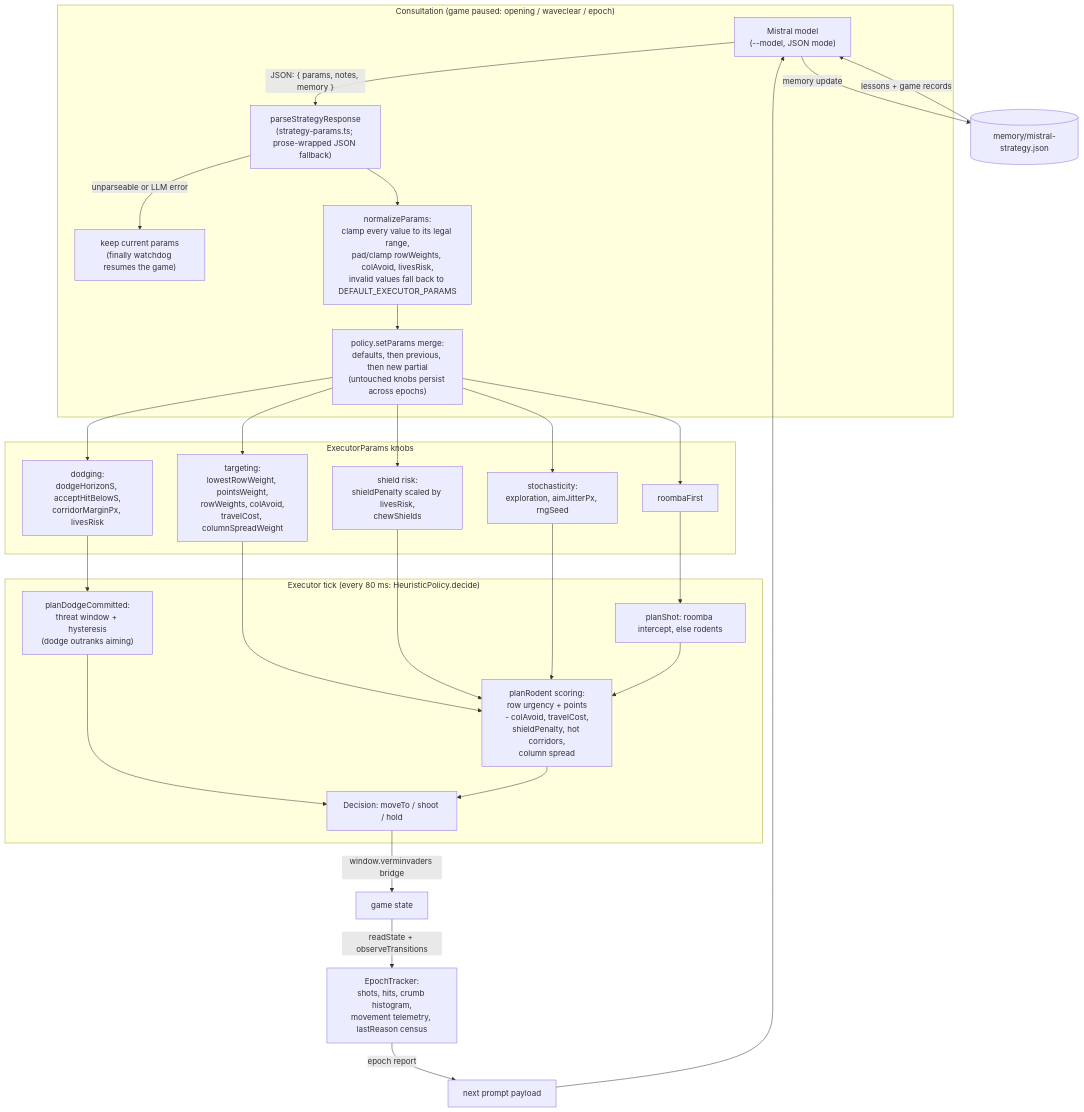
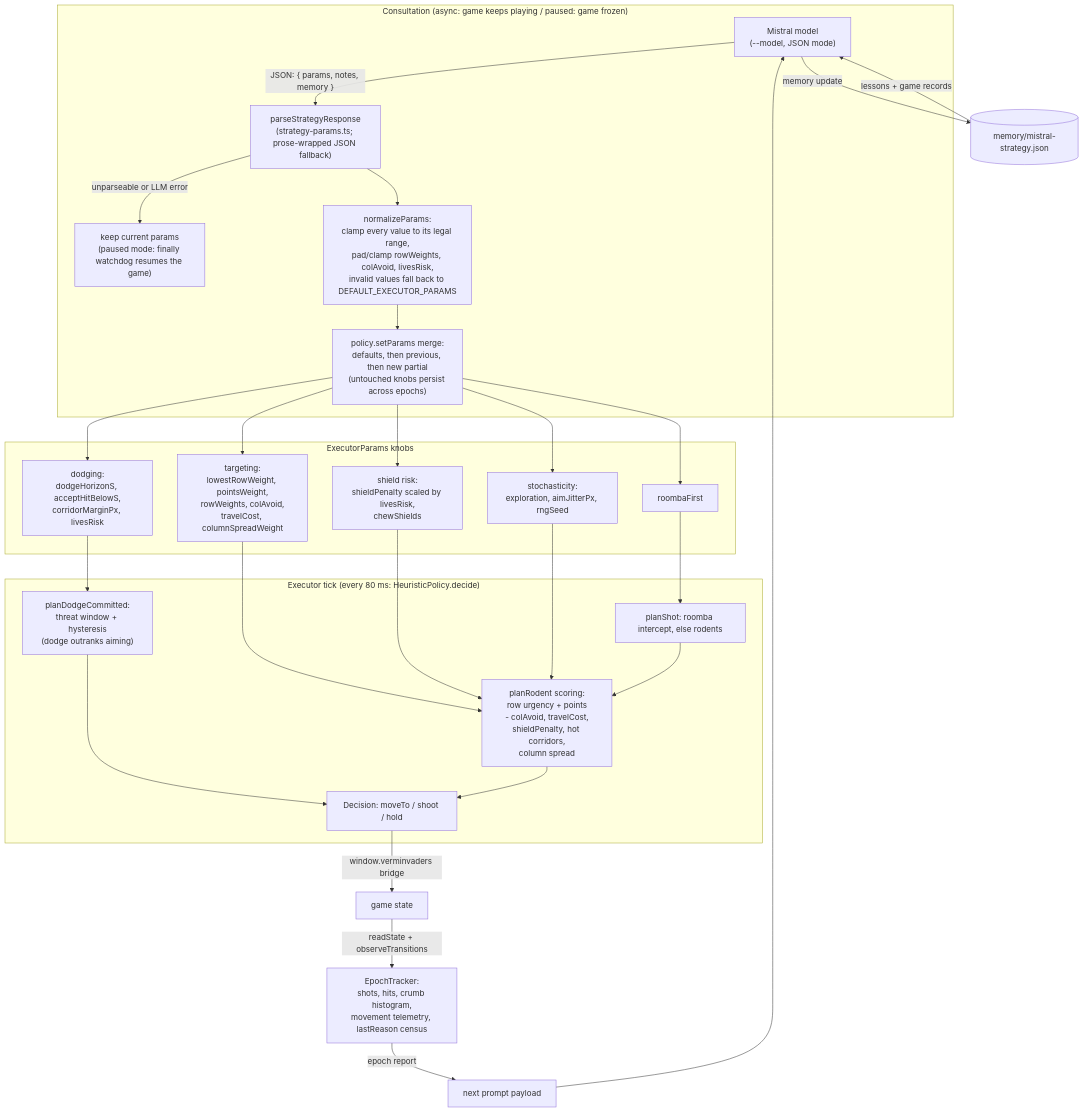
The fifth of 5 diagrams in DEVELOPMENT.md (tq-bit/verminvaders), drawn with Mermaid before and after one commit. The commit also changed other lines of this file and 14 other files, not shown here.

First line of the commit message:
feat: implement async strategy mode for background consultations

````diff
--- a/DEVELOPMENT.md
+++ b/DEVELOPMENT.md
@@ -508,36 +525,36 @@
 ```mermaid
 flowchart TB
-    subgraph consult ["Consultation (game paused: opening / waveclear / epoch)"]
+    subgraph consult ["Consultation (async: game keeps playing / paused: game frozen)"]
         M["Mistral model<br/>(--model, JSON mode)"]
         M -->|"JSON: { params, notes, memory }"| PS["parseStrategyResponse<br/>(strategy-params.ts; prose-wrapped JSON fallback)"]
-        PS -->|"unparseable or LLM error"| KEEP["keep current params<br/>(finally watchdog resumes the game)"]
+        PS -->|"unparseable or LLM error"| KEEP["keep current params<br/>(paused mode: finally watchdog resumes the game)"]
         PS --> NP["normalizeParams:<br/>clamp every value to its legal range,<br/>pad/clamp rowWeights, colAvoid, livesRisk,<br/>invalid values fall back to DEFAULT_EXECUTOR_PARAMS"]
         NP --> SP["policy.setParams merge:<br/>defaults, then previous, then new partial<br/>(untouched knobs persist across epochs)"]
     end
 
     subgraph knobs ["ExecutorParams knobs"]
         SP --> T["targeting:<br/>lowestRowWeight, pointsWeight,<br/>rowWeights, colAvoid,<br/>travelCost, columnSpreadWeight"]
         SP --> DG["dodging:<br/>dodgeHorizonS, acceptHitBelowS,<br/>corridorMarginPx, livesRisk"]
         SP --> SH["shield risk:<br/>shieldPenalty scaled by livesRisk,<br/>chewShields"]
         SP --> RN["stochasticity:<br/>exploration, aimJitterPx, rngSeed"]
         SP --> RB["roombaFirst"]
     end
 
     subgraph exec ["Executor tick (every 80 ms: HeuristicPolicy.decide)"]
         DG --> DOD["planDodgeCommitted:<br/>threat window + hysteresis<br/>(dodge outranks aiming)"]
         RB --> PL["planShot: roomba intercept, else rodents"]
         T --> SC["planRodent scoring:<br/>row urgency + points<br/>- colAvoid, travelCost,<br/>shieldPenalty, hot corridors,<br/>column spread"]
         SH --> SC
         RN --> SC
         PL --> SC
         DOD --> DEC["Decision: moveTo / shoot / hold"]
         SC --> DEC
     end
 
     DEC -->|"window.verminvaders bridge"| GAME["game state"]
     GAME -->|"readState + observeTransitions"| TK["EpochTracker:<br/>shots, hits, crumb histogram,<br/>movement telemetry, lastReason census"]
     TK -->|"epoch report"| NEXT["next prompt payload"]
     NEXT --> M
     M -->|"memory update"| MEM[("memory/mistral-strategy.json")]
     MEM -->|"lessons + game records"| M
 ```
````
